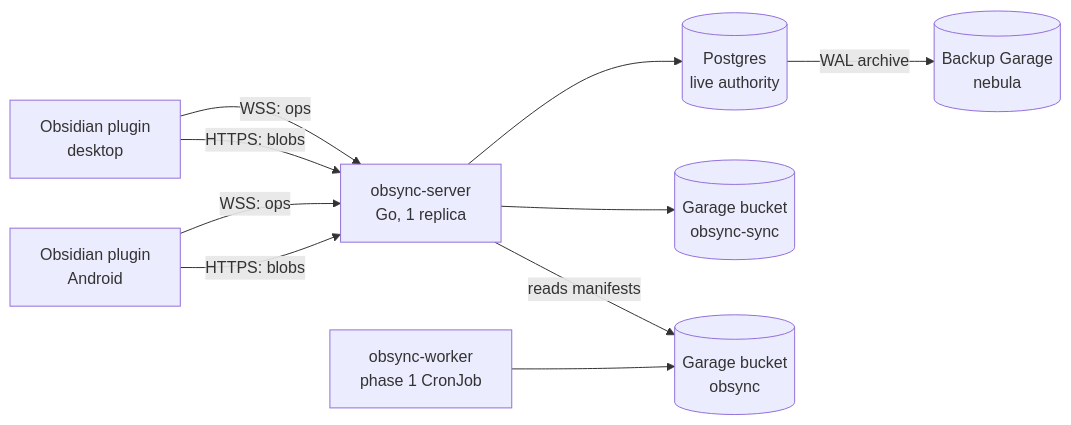
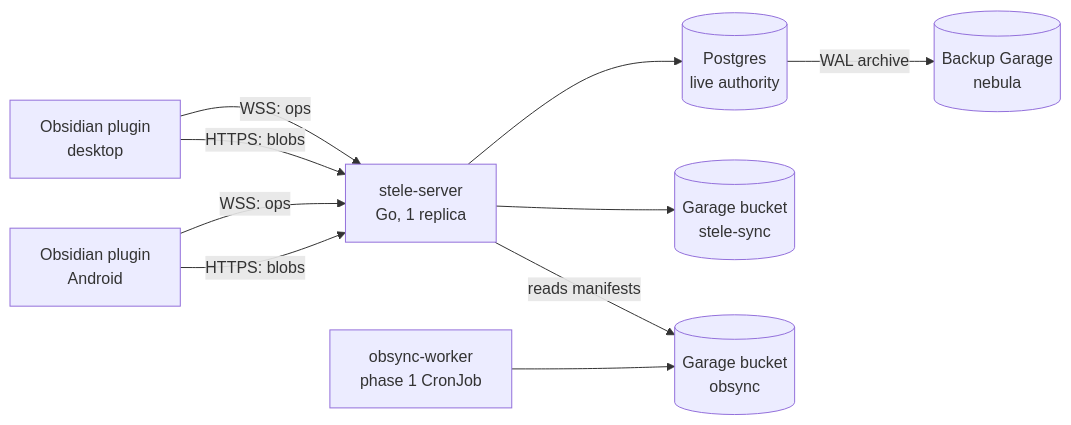
One commit to BarneyLaw/stele-sync changed the first of 2 diagrams in architecture/obsync-single Architecture Specification.md. Above: the diagram before and after it, drawn with Mermaid. The commit also changed other lines of this file and 16 other files, not shown here.

Commit message:
docs(architecture): adopt M4 delivery contract and stele naming

````diff
--- a/architecture/obsync-single Architecture Specification.md
+++ b/architecture/obsync-single Architecture Specification.md
@@ -44,12 +44,12 @@
 ```mermaid
 flowchart LR
   P1["Obsidian plugin<br/>desktop"] -- "WSS: ops" --> S
   P2["Obsidian plugin<br/>Android"] -- "WSS: ops" --> S
   P1 -- "HTTPS: blobs" --> S
   P2 -- "HTTPS: blobs" --> S
-  S["obsync-server<br/>Go, 1 replica"] --> PG[("Postgres<br/>live authority")]
-  S --> G[("Garage bucket<br/>obsync-sync")]
+  S["stele-server<br/>Go, 1 replica"] --> PG[("Postgres<br/>live authority")]
+  S --> G[("Garage bucket<br/>stele-sync")]
   W["obsync-worker<br/>phase 1 CronJob"] --> G1[("Garage bucket<br/>obsync")]
   S -- "reads manifests" --> G1
   PG -- "WAL archive" --> B[("Backup Garage<br/>nebula")]
 ```
````
